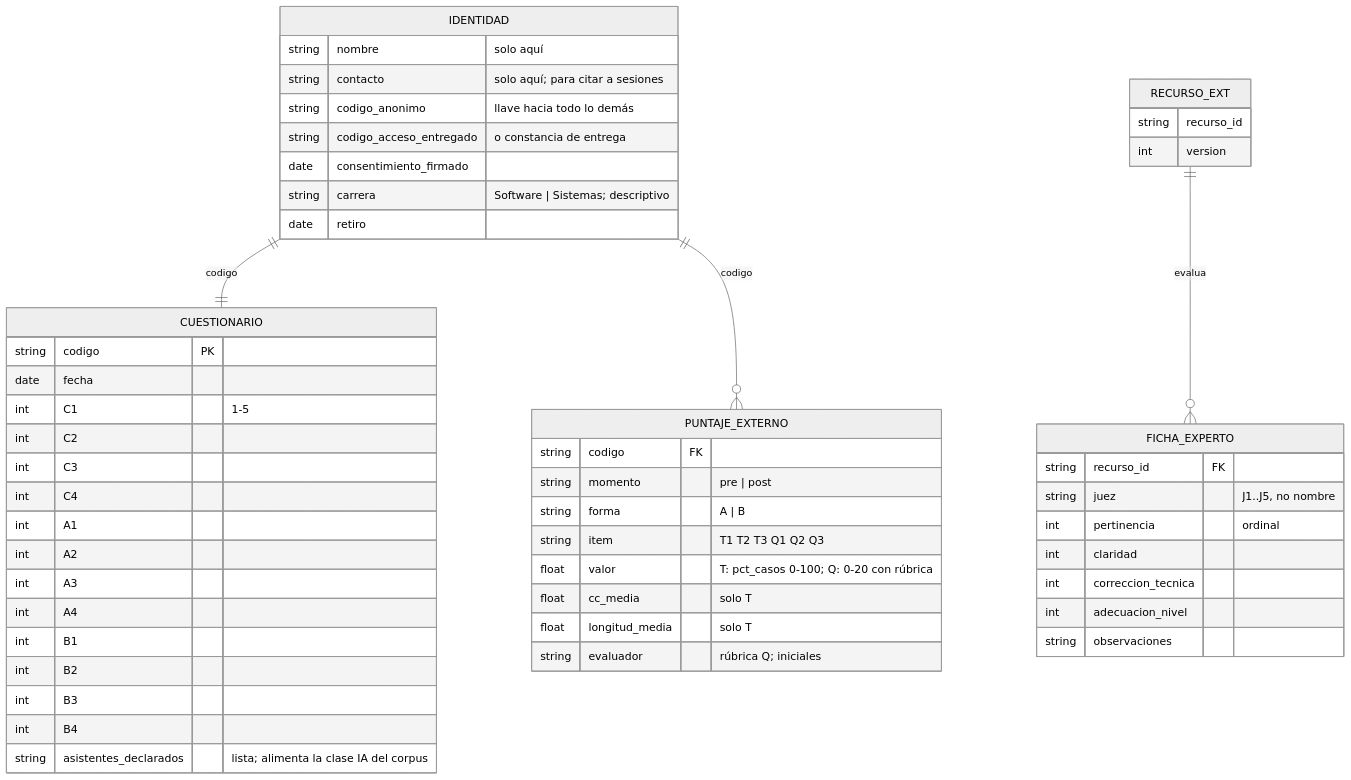
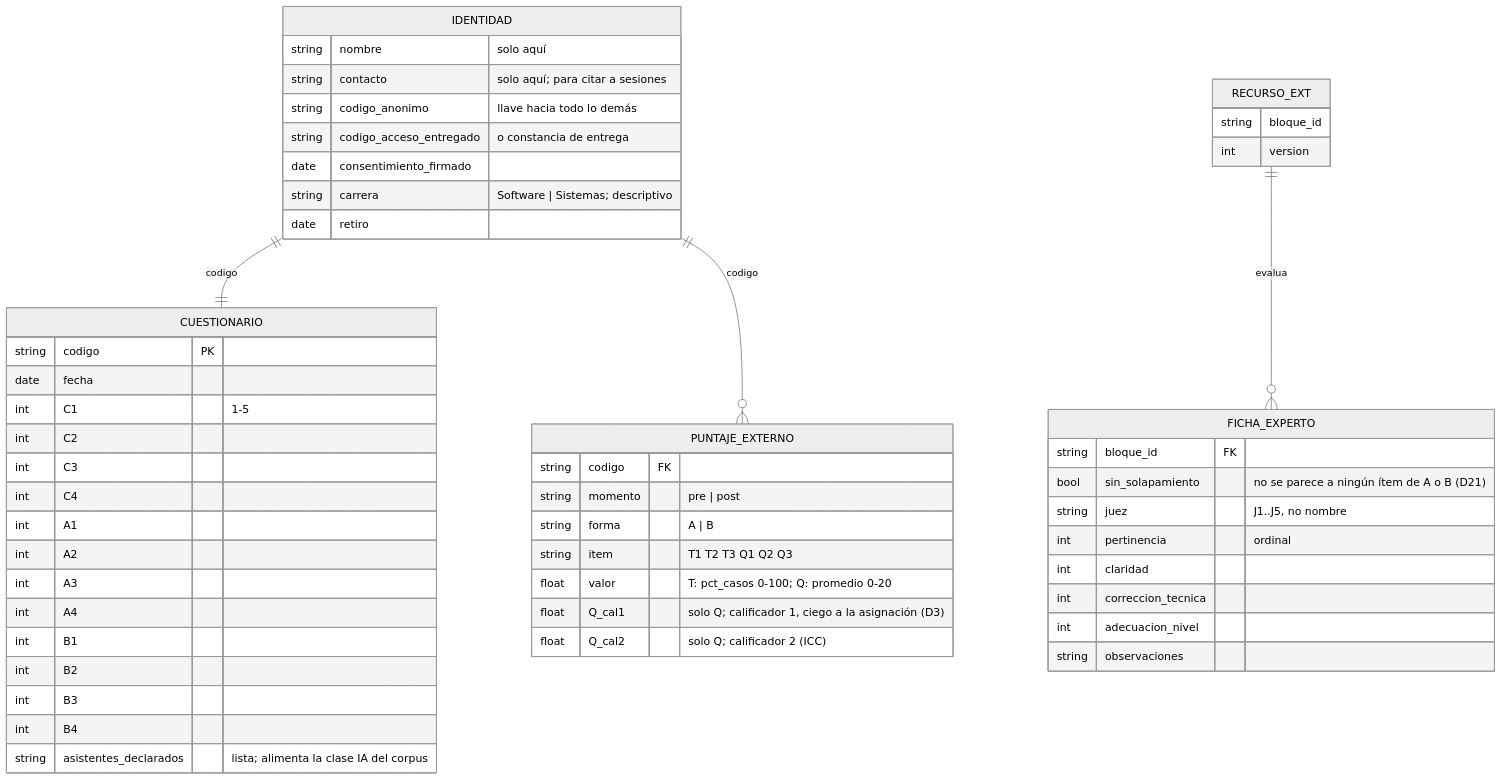
The third of 3 diagrams in docs/arquitectura/06-datos-privacidad.md (tylorio/scaffold), drawn with Mermaid (neutral theme) before and after one commit. The commit also changed other lines of this file and 11 other files, not shown here.

````diff
--- a/docs/arquitectura/06-datos-privacidad.md
+++ b/docs/arquitectura/06-datos-privacidad.md
@@ -268,56 +285,56 @@
 ```mermaid
 erDiagram
     IDENTIDAD ||--|| CUESTIONARIO : "codigo"
     IDENTIDAD ||--o{ PUNTAJE_EXTERNO : "codigo"
     RECURSO_EXT ||--o{ FICHA_EXPERTO : "evalua"
 
     IDENTIDAD {
         string nombre "solo aquí"
         string contacto "solo aquí; para citar a sesiones"
         string codigo_anonimo "llave hacia todo lo demás"
         string codigo_acceso_entregado "o constancia de entrega"
         date consentimiento_firmado
         string carrera "Software | Sistemas; descriptivo"
         date retiro
     }
     CUESTIONARIO {
         string codigo PK
         date fecha
         int C1 "1-5"
         int C2
         int C3
         int C4
         int A1
         int A2
         int A3
         int A4
         int B1
         int B2
         int B3
         int B4
         string asistentes_declarados "lista; alimenta la clase IA del corpus"
     }
     PUNTAJE_EXTERNO {
         string codigo FK
         string momento "pre | post"
         string forma "A | B"
         string item "T1 T2 T3 Q1 Q2 Q3"
-        float valor "T: pct_casos 0-100; Q: 0-20 con rúbrica"
-        float cc_media "solo T"
-        float longitud_media "solo T"
-        string evaluador "rúbrica Q; iniciales"
+        float valor "T: pct_casos 0-100; Q: promedio 0-20"
+        float Q_cal1 "solo Q; calificador 1, ciego a la asignación (D3)"
+        float Q_cal2 "solo Q; calificador 2 (ICC)"
     }
     RECURSO_EXT {
-        string recurso_id
+        string bloque_id
         int version
     }
     FICHA_EXPERTO {
-        string recurso_id FK
+        string bloque_id FK
+        bool sin_solapamiento "no se parece a ningún ítem de A o B (D21)"
         string juez "J1..J5, no nombre"
         int pertinencia "ordinal"
         int claridad
         int correccion_tecnica
         int adecuacion_nivel
         string observaciones
     }
 ```
````
